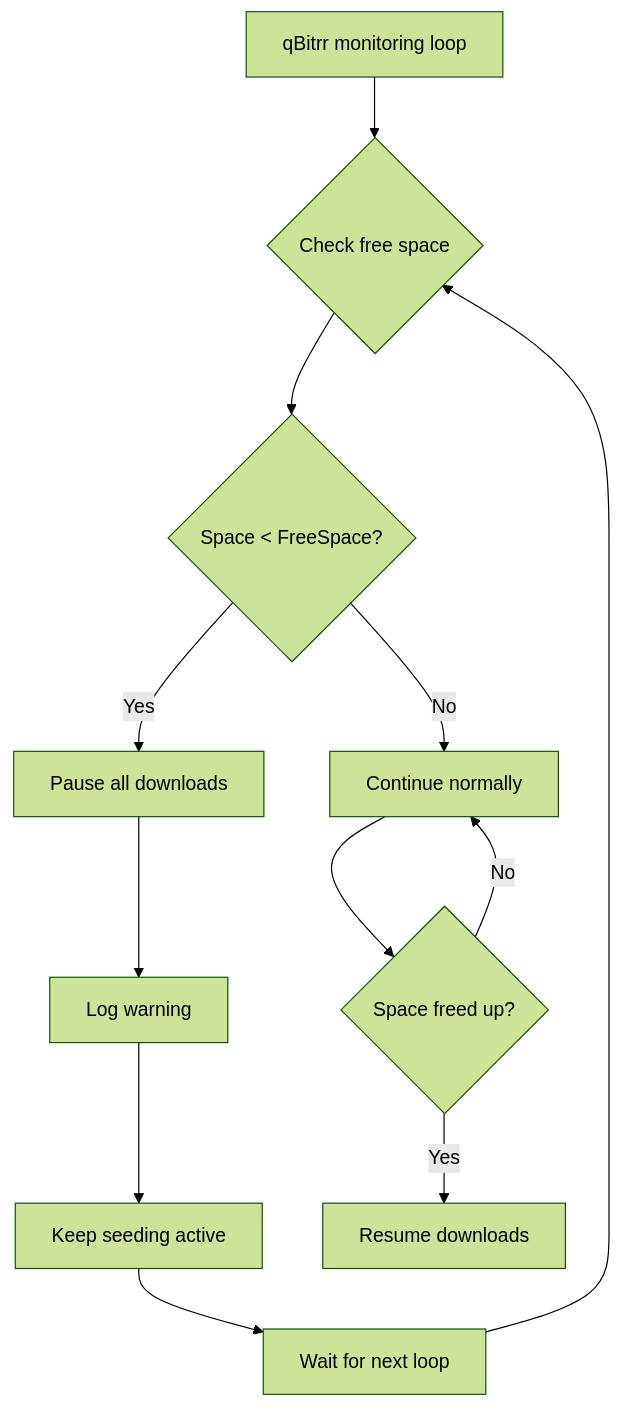
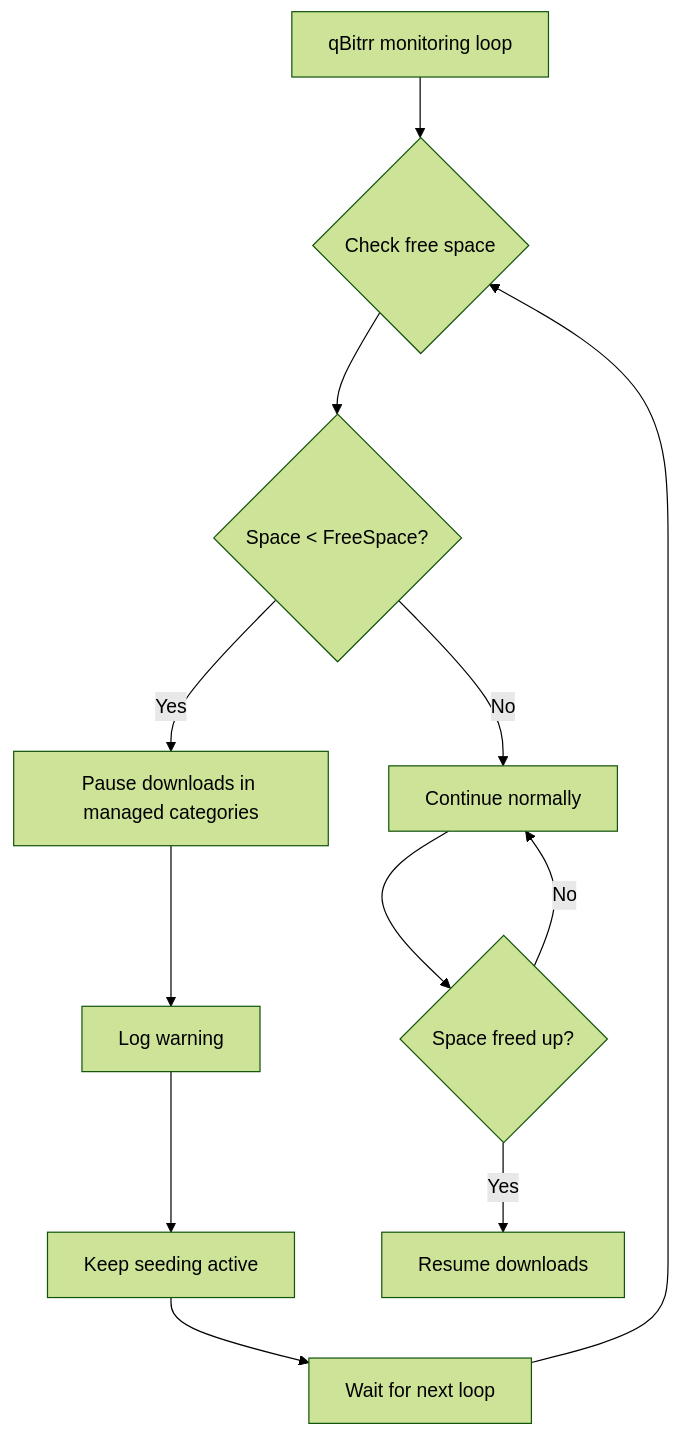
One commit to Feramance/qBitrr changed the diagram in docs/features/disk-space.md. Above: the diagram before and after it, drawn with Mermaid (forest theme). The commit also changed other lines of this file and 91 other files, not shown here.

````diff
--- a/docs/features/disk-space.md
+++ b/docs/features/disk-space.md
@@ -29,14 +29,14 @@
 ```mermaid
 graph TD
     A[qBitrr monitoring loop] --> B{Check free space}
     B --> C{Space < FreeSpace?}
     C -->|No| D[Continue normally]
-    C -->|Yes| E[Pause all downloads]
+    C -->|Yes| E[Pause downloads in managed categories]
     E --> F[Log warning]
     F --> G[Keep seeding active]
     G --> H[Wait for next loop]
     H --> B
     D --> I{Space freed up?}
     I -->|Yes| J[Resume downloads]
     I -->|No| D
 ```
````
